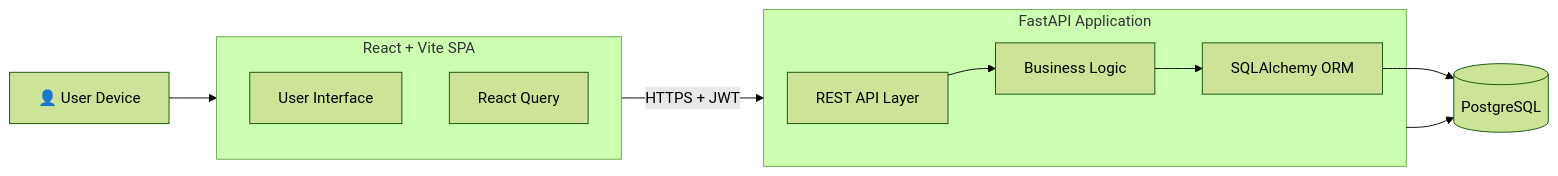
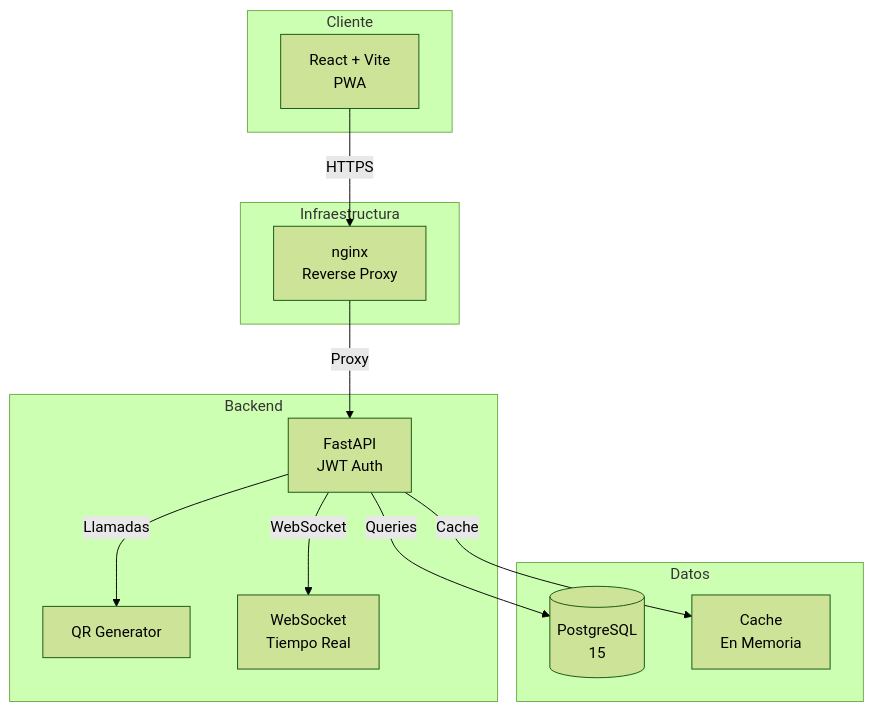
The first of 7 diagrams in README.md (gproatechnology/Sintel-GPF1-Mexico), drawn with Mermaid (forest theme) before and after one commit. The commit also changed other lines of this file and 23396 other files, not shown here.

````diff
--- a/README.md
+++ b/README.md
@@ -24,24 +21,28 @@
 ```mermaid
-flowchart LR
-
-User[👤 User Device] --> Frontend
-
-subgraph Frontend[React + Vite SPA]
-  UI[User Interface]
-  State[React Query]
-end
-
-Frontend -->|HTTPS + JWT| Backend
-
-subgraph Backend[FastAPI Application]
-  API[REST API Layer]
-  Services[Business Logic]
-  ORM[SQLAlchemy ORM]
-end
-
-Backend --> DB[(PostgreSQL)]
-
-API --> Services
-Services --> ORM
-ORM --> DB
+graph TB
+    subgraph "Cliente"
+        FE[React + Vite<br/>PWA]
+    end
+    
+    subgraph "Infraestructura"
+        NGINX[nginx<br/>Reverse Proxy]
+    end
+    
+    subgraph "Backend"
+        API[FastAPI<br/>JWT Auth]
+        QR[QR Generator]
+        WS[WebSocket<br/>Tiempo Real]
+    end
+    
+    subgraph "Datos"
+        DB[(PostgreSQL<br/>15)]
+        CACHE[Cache<br/>En Memoria]
+    end
+    
+    FE -->|HTTPS| NGINX
+    NGINX -->|Proxy| API
+    API -->|Llamadas| QR
+    API -->|WebSocket| WS
+    API -->|Queries| DB
+    API -->|Cache| CACHE
 ```
````
